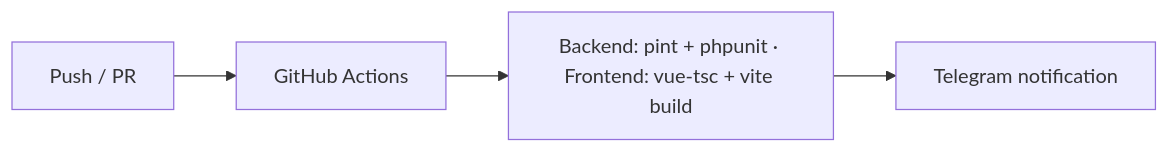
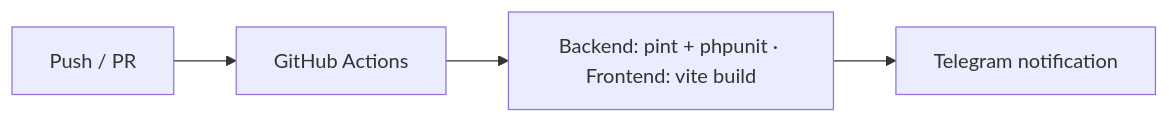
Diagram 29 of 34 in docs/1_EduCore-Project-Report.md (RITH-1437/educore), drawn with Mermaid before and after one commit. The commit also changed other lines of this file and 144 other files, not shown here.

````diff
--- a/docs/1_EduCore-Project-Report.md
+++ b/docs/1_EduCore-Project-Report.md
@@ -742,6 +744,6 @@
 ```mermaid
 flowchart LR
     Push[Push / PR] --> CI[GitHub Actions]
-    CI --> Pipeline[Backend: pint + phpunit · Frontend: vue-tsc + vite build]
+    CI --> Pipeline[Backend: pint + phpunit · Frontend: vite build]
     Pipeline --> Notify[Telegram notification]
 ```
````
